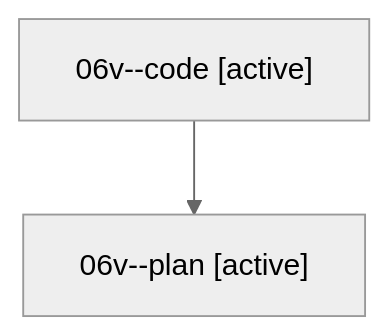
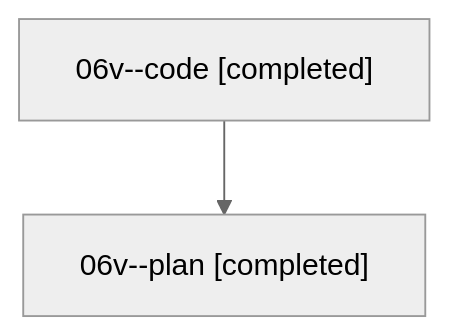
The diagram in families/bbugyi200.athena.06v.md (bobs-org/bob-cli--agents), drawn with Mermaid (neutral theme) before and after one commit. The commit also changed other lines of this file and 78 other files, not shown here.

````diff
--- a/families/bbugyi200.athena.06v.md
+++ b/families/bbugyi200.athena.06v.md
@@ -9,6 +9,6 @@
 ```mermaid
 flowchart TD
-  n0["06v--code [active]"]
-  n1["06v--plan [active]"]
+  n0["06v--code [completed]"]
+  n1["06v--plan [completed]"]
   n0 --> n1
 ```
````
